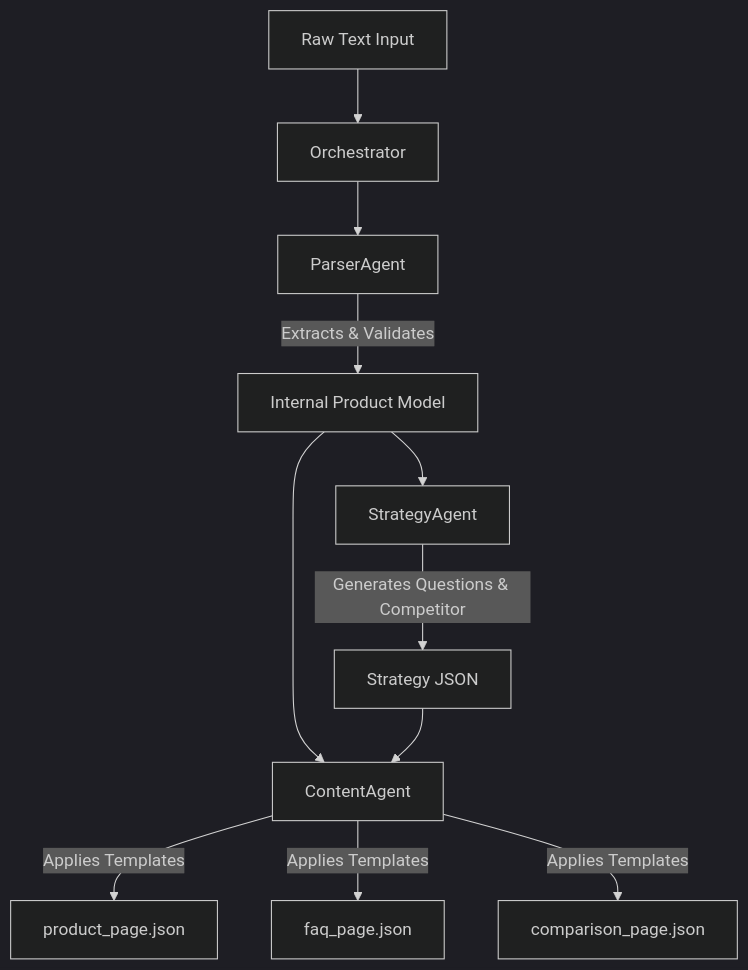
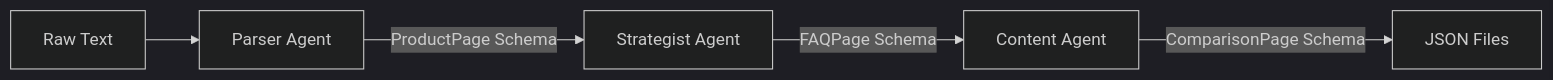
Before and after one commit to sujan22359/kasparro-agentic-sujan-P: the diagram in docs/projectdocumentation.md, drawn with Mermaid (dark theme). The commit also changed other lines of this file and 22 other files, not shown here.

````diff
--- a/docs/projectdocumentation.md
+++ b/docs/projectdocumentation.md
@@ -26,15 +26,7 @@
 ```mermaid
-graph TD
-    UserInput[Raw Text Input] --> Orchestrator
-    Orchestrator --> ParserAgent
-    ParserAgent -- "Extracts & Validates" --> Model[Internal Product Model]
-    Model --> StrategyAgent
-    StrategyAgent -- "Generates Questions & Competitor" --> StrategyData[Strategy JSON]
-    
-    Model --> ContentAgent
-    StrategyData --> ContentAgent
-    
-    ContentAgent -- "Applies Templates" --> Output1[product_page.json]
-    ContentAgent -- "Applies Templates" --> Output2[faq_page.json]
-    ContentAgent -- "Applies Templates" --> Output3[comparison_page.json]
+graph LR
+    Input[Raw Text] --> Agent1[Parser Agent]
+    Agent1 -- "ProductPage Schema" --> Agent2[Strategist Agent]
+    Agent2 -- "FAQPage Schema" --> Agent3[Content Agent]
+    Agent3 -- "ComparisonPage Schema" --> Output[JSON Files]
 ```
````
